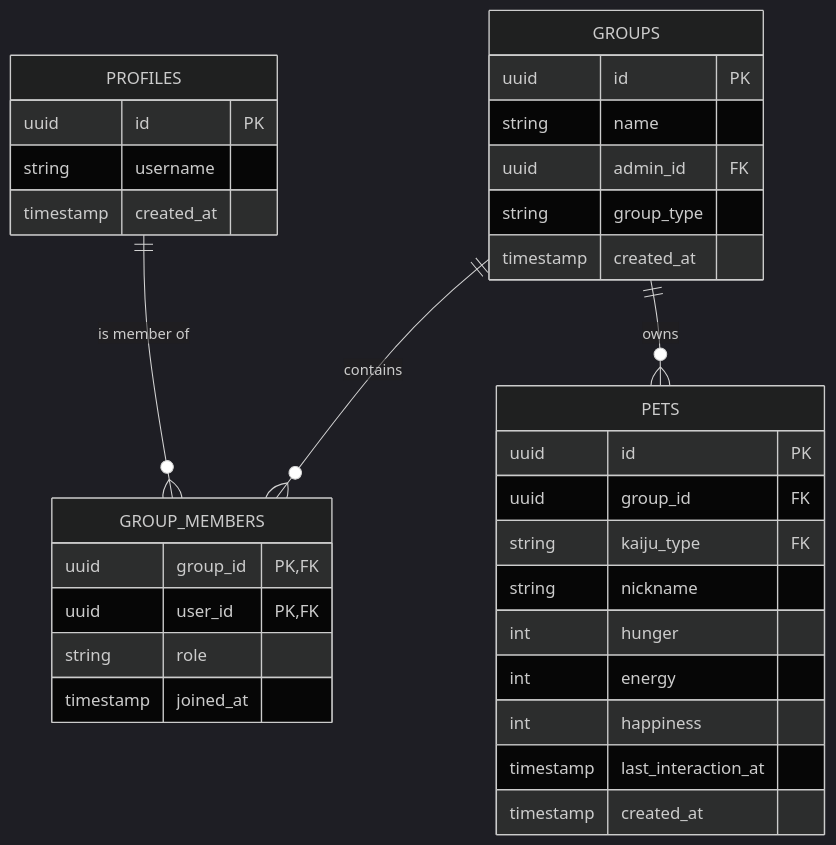
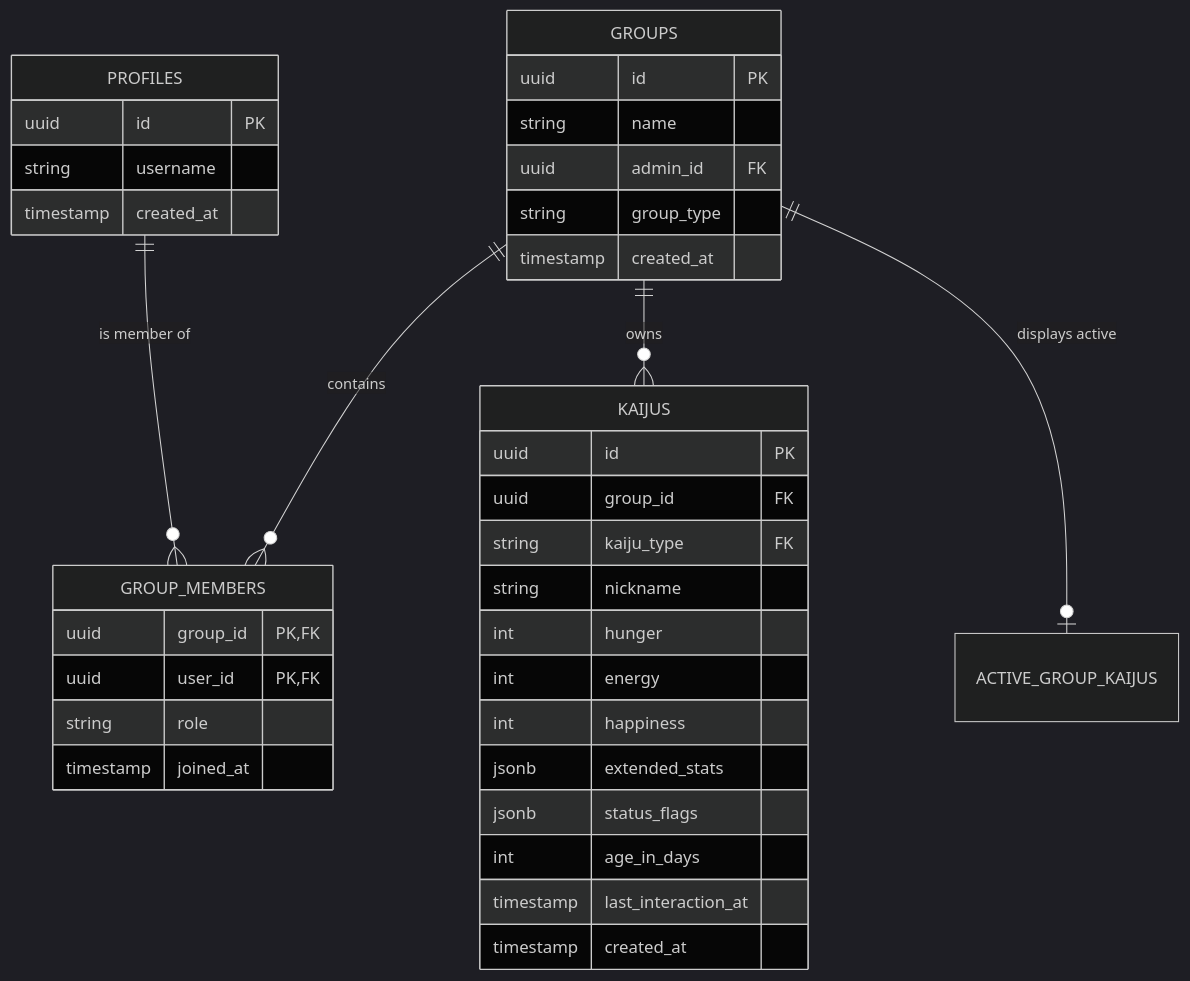
The second of 2 diagrams in Documentation/Ownership/01-ownership-model-overview.md (TheMrCorvy/HATCH.REF), drawn with Mermaid (dark theme) before and after one commit. The commit also changed other lines of this file and 55 other files, not shown here.

````diff
--- a/Documentation/Ownership/01-ownership-model-overview.md
+++ b/Documentation/Ownership/01-ownership-model-overview.md
@@ -36,39 +35,43 @@
 ```mermaid
 erDiagram
     PROFILES ||--o{ GROUP_MEMBERS : "is member of"
     GROUPS ||--o{ GROUP_MEMBERS : "contains"
-    GROUPS ||--o{ PETS : "owns"
+    GROUPS ||--o{ KAIJUS : "owns"
+    GROUPS ||--o| ACTIVE_GROUP_KAIJUS : "displays active"
     
     PROFILES {
         uuid id PK
         string username
         timestamp created_at
     }
     
     GROUPS {
         uuid id PK
         string name
         uuid admin_id FK
         string group_type
         timestamp created_at
     }
     
     GROUP_MEMBERS {
         uuid group_id PK, FK
         uuid user_id PK, FK
         string role
         timestamp joined_at
     }
     
-    PETS {
+    KAIJUS {
         uuid id PK
         uuid group_id FK
         string kaiju_type FK
         string nickname
         int hunger
         int energy
         int happiness
+        jsonb extended_stats
+        jsonb status_flags
+        int age_in_days
         timestamp last_interaction_at
         timestamp created_at
     }
 ```
````
